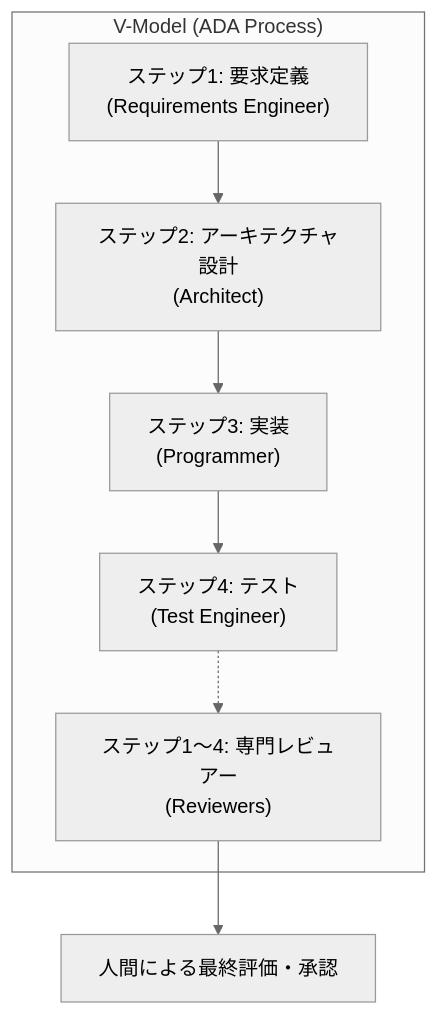
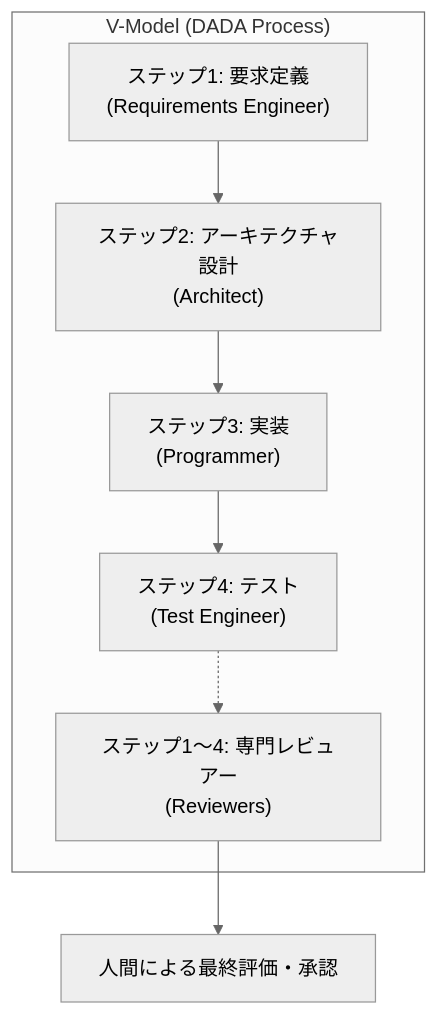
One commit to yamaPiT/AntigravityTemplate changed the diagram in README.md. Above: the diagram before and after it, drawn with Mermaid (neutral theme). The commit also changed other lines of this file and 12 other files, not shown here.

Commit message:
feat: Implement DADA process, add new agent skills, workflows, documentation, and project rules.

````diff
--- a/README.md
+++ b/README.md
@@ -10,10 +23,10 @@
 ```mermaid
 graph TD
-    subgraph "V-Model (ADA Process)"
+    subgraph "V-Model (DADA Process)"
         Req["ステップ1: 要求定義<br>(Requirements Engineer)"] --> Arch["ステップ2: アーキテクチャ設計<br>(Architect)"]
         Arch --> Impl["ステップ3: 実装<br>(Programmer)"]
         Impl --> Test["ステップ4: テスト<br>(Test Engineer)"]
         Test -.-> Review["ステップ1〜4: 専門レビュアー<br>(Reviewers)"]
     end
     Review --> Approve["人間による最終評価・承認"]
 ```
````
